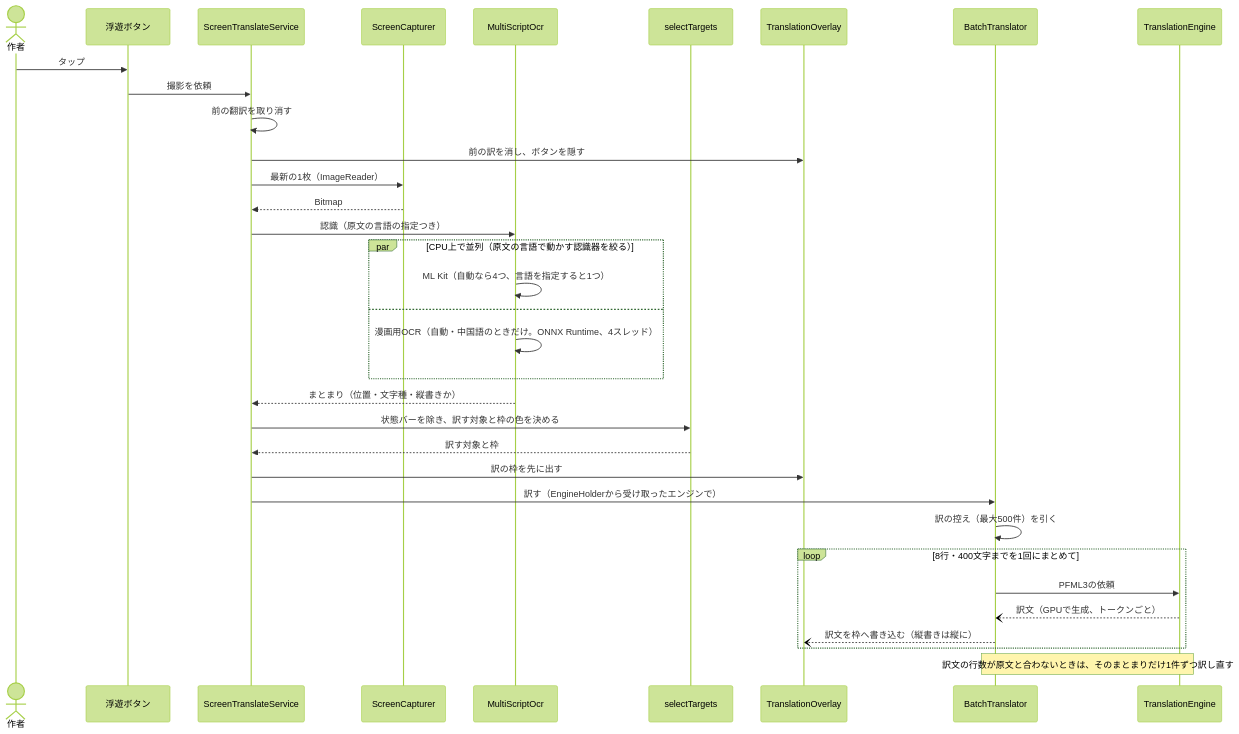
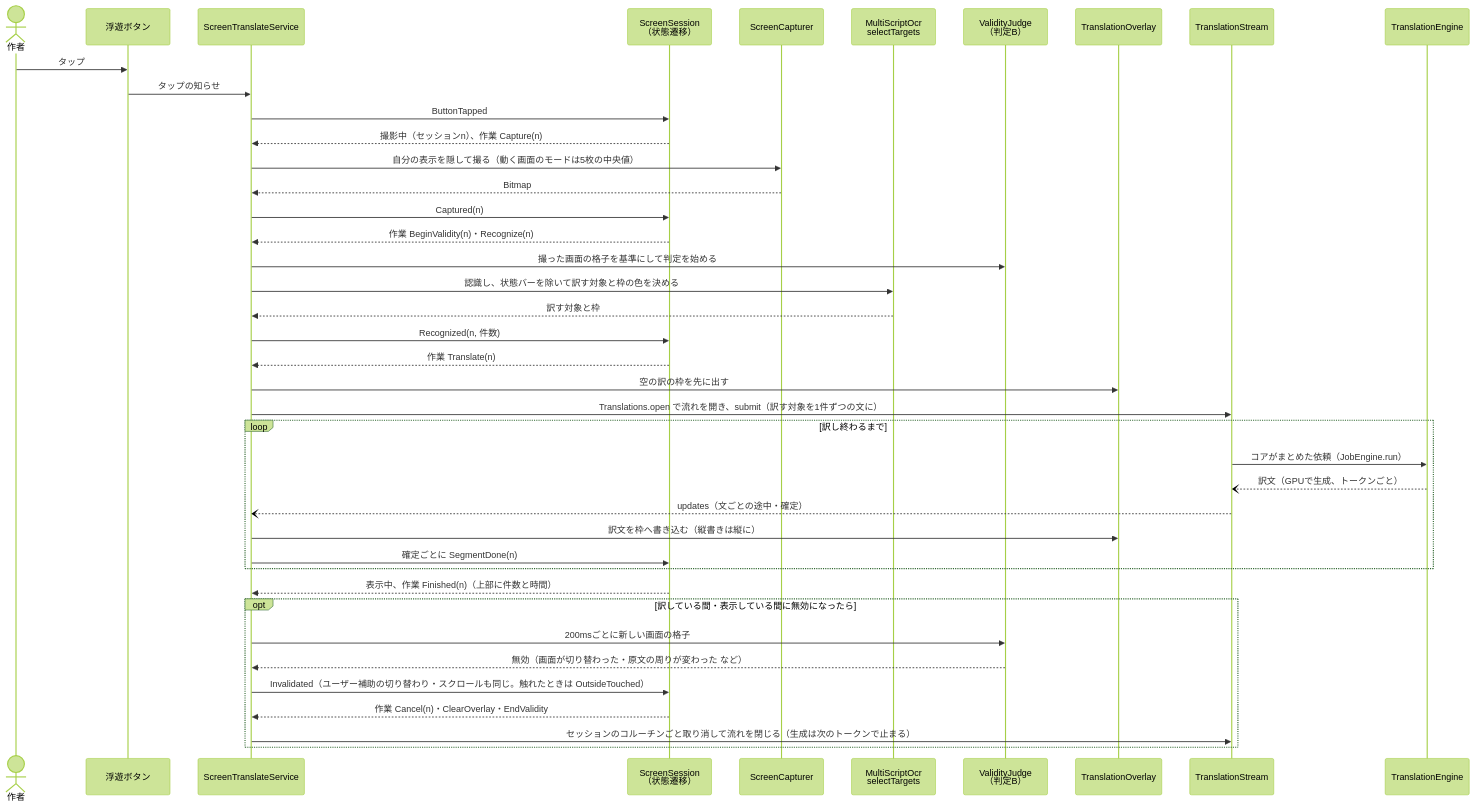
One commit to kagerouttepaso/PlamoTranslate changed the fourth of 6 diagrams in docs/02_アーキテクチャ.md. Above: the diagram before and after it, drawn with Mermaid (forest theme). The commit also changed other lines of this file and 12 other files, not shown here.

First line of the commit message:
ユーザー補助の合図を足し、設計書を新しい構成に合わせる

````diff
--- a/docs/02_アーキテクチャ.md
+++ b/docs/02_アーキテクチャ.md
@@ -343,36 +359,43 @@
 ```mermaid
 sequenceDiagram
   actor 作者
   participant BTN as 浮遊ボタン
   participant SVC as ScreenTranslateService
+  participant SS as ScreenSession<br>（状態遷移）
   participant CAP as ScreenCapturer
-  participant OCR as MultiScriptOcr
-  participant SEL as selectTargets
+  participant OCR as MultiScriptOcr<br>selectTargets
+  participant VB as ValidityJudge<br>（判定B）
   participant OV as TranslationOverlay
-  participant BT as BatchTranslator
+  participant TS as TranslationStream
   participant ENG as TranslationEngine
   作者->>BTN: タップ
-  BTN->>SVC: 撮影を依頼
-  SVC->>SVC: 前の翻訳を取り消す
-  SVC->>OV: 前の訳を消し、ボタンを隠す
-  SVC->>CAP: 最新の1枚（ImageReader）
+  BTN->>SVC: タップの知らせ
+  SVC->>SS: ButtonTapped
+  SS-->>SVC: 撮影中（セッションn）、作業 Capture(n)
+  SVC->>CAP: 自分の表示を隠して撮る（動く画面のモードは5枚の中央値）
   CAP-->>SVC: Bitmap
-  SVC->>OCR: 認識（原文の言語の指定つき）
-  par CPU上で並列（原文の言語で動かす認識器を絞る）
-    OCR->>OCR: ML Kit（自動なら4つ、言語を指定すると1つ）
-  and
-    OCR->>OCR: 漫画用OCR（自動・中国語のときだけ。ONNX Runtime、4スレッド）
+  SVC->>SS: Captured(n)
+  SS-->>SVC: 作業 BeginValidity(n)・Recognize(n)
+  SVC->>VB: 撮った画面の格子を基準にして判定を始める
+  SVC->>OCR: 認識し、状態バーを除いて訳す対象と枠の色を決める
+  OCR-->>SVC: 訳す対象と枠
+  SVC->>SS: Recognized(n, 件数)
+  SS-->>SVC: 作業 Translate(n)
+  SVC->>OV: 空の訳の枠を先に出す
+  SVC->>TS: Translations.open で流れを開き、submit（訳す対象を1件ずつの文に）
+  loop 訳し終わるまで
+    TS->>ENG: コアがまとめた依頼（JobEngine.run）
+    ENG--)TS: 訳文（GPUで生成、トークンごと）
+    TS--)SVC: updates（文ごとの途中・確定）
+    SVC->>OV: 訳文を枠へ書き込む（縦書きは縦に）
+    SVC->>SS: 確定ごとに SegmentDone(n)
   end
-  OCR-->>SVC: まとまり（位置・文字種・縦書きか）
-  SVC->>SEL: 状態バーを除き、訳す対象と枠の色を決める
-  SEL-->>SVC: 訳す対象と枠
-  SVC->>OV: 訳の枠を先に出す
-  SVC->>BT: 訳す（EngineHolderから受け取ったエンジンで）
-  BT->>BT: 訳の控え（最大500件）を引く
-  loop 8行・400文字までを1回にまとめて
-    BT->>ENG: PFML3の依頼
-    ENG--)BT: 訳文（GPUで生成、トークンごと）
-    BT--)OV: 訳文を枠へ書き込む（縦書きは縦に）
+  SS-->>SVC: 表示中、作業 Finished(n)（上部に件数と時間）
+  opt 訳している間・表示している間に無効になったら
+    SVC->>VB: 200msごとに新しい画面の格子
+    VB-->>SVC: 無効（画面が切り替わった・原文の周りが変わった など）
+    SVC->>SS: Invalidated（ユーザー補助の切り替わり・スクロールも同じ。触れたときは OutsideTouched）
+    SS-->>SVC: 作業 Cancel(n)・ClearOverlay・EndValidity
+    SVC->>TS: セッションのコルーチンごと取り消して流れを閉じる（生成は次のトークンで止まる）
   end
-  Note over BT,ENG: 訳文の行数が原文と合わないときは、そのまとまりだけ1件ずつ訳し直す
 ```
````
